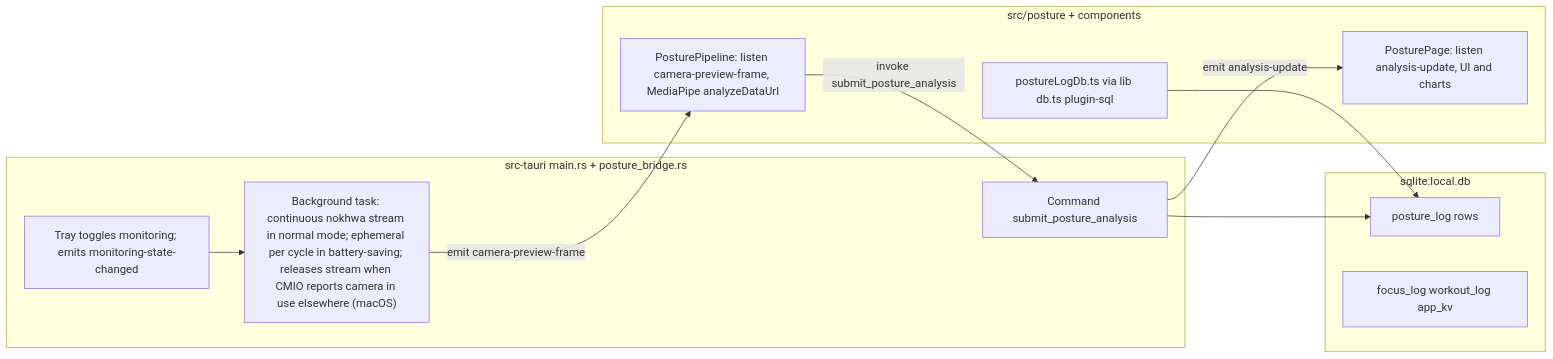
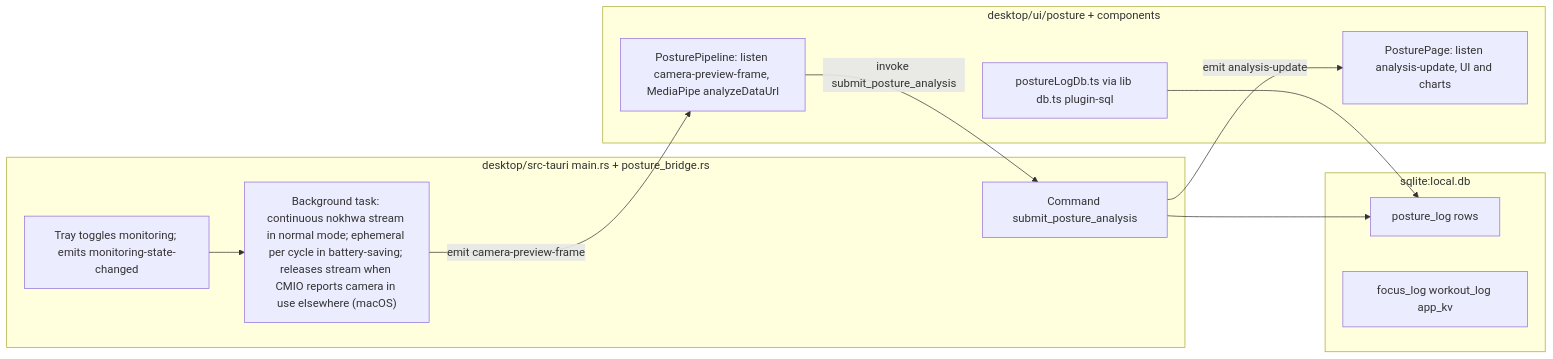
Before and after one commit to jdserenity/management: the third of 3 diagrams in docs/ARCHITECTURE.md, drawn with Mermaid. The commit also changed other lines of this file and 2 other files, not shown here.

First line of the commit message:
Document the new literal folder layout in architecture and deploy notes.

````diff
--- a/docs/ARCHITECTURE.md
+++ b/docs/ARCHITECTURE.md
@@ -140,23 +139,23 @@
 ```mermaid
 flowchart LR
-  subgraph rust["src-tauri main.rs + posture_bridge.rs"]
+  subgraph rust["desktop/src-tauri main.rs + posture_bridge.rs"]
     caploop["Background task: continuous nokhwa stream in normal mode; ephemeral per cycle in battery-saving; releases stream when CMIO reports camera in use elsewhere (macOS)"]
     cmd["Command submit_posture_analysis"]
     tray["Tray toggles monitoring; emits monitoring-state-changed"]
   end
-  subgraph ts["src/posture + components"]
+  subgraph ts["desktop/ui/posture + components"]
     pipe["PosturePipeline: listen camera-preview-frame, MediaPipe analyzeDataUrl"]
     page["PosturePage: listen analysis-update, UI and charts"]
     dbread["postureLogDb.ts via lib db.ts plugin-sql"]
   end
   subgraph store["sqlite:local.db"]
     logt["posture_log rows"]
     sess["focus_log workout_log app_kv"]
   end
   caploop -->|"emit camera-preview-frame"| pipe
   pipe -->|"invoke submit_posture_analysis"| cmd
   cmd -->|"emit analysis-update"| page
   cmd --> logt
   dbread --> logt
   tray --> caploop
 ```
````
